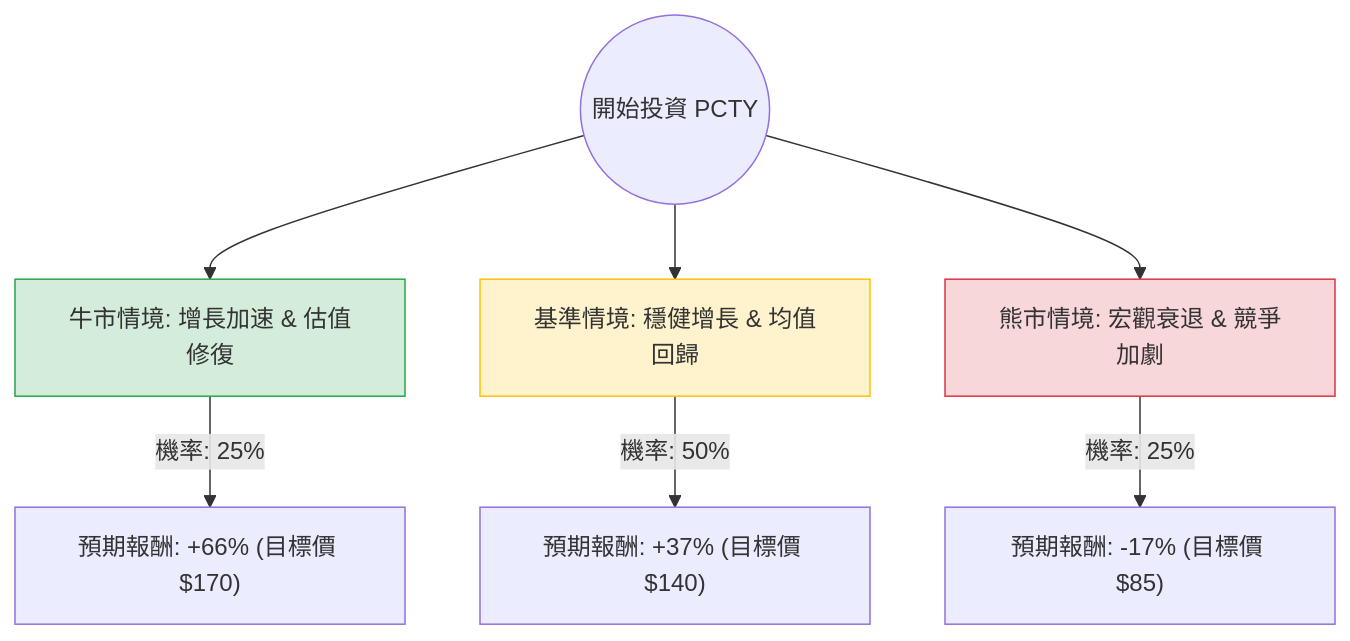
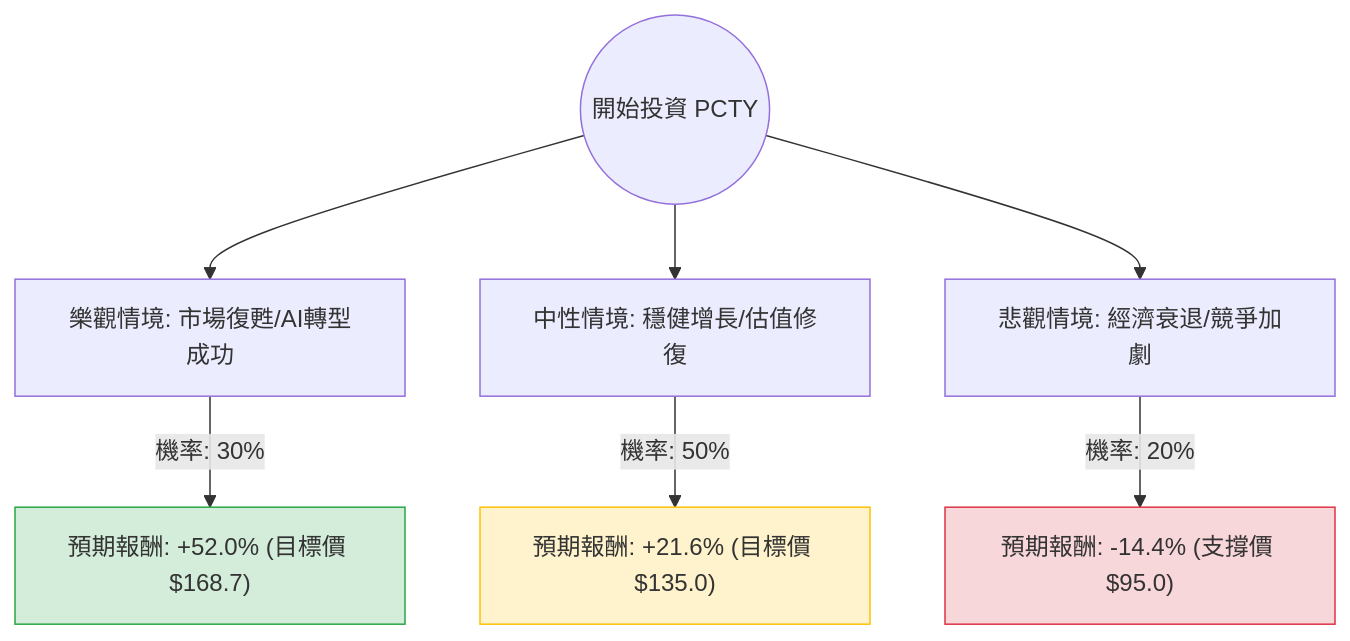
The diagram in plugin-react/ai-analysis/ev-analysis/PCTY.md (zmcx16/zmcx16.github.io), drawn with Mermaid before and after one commit. The commit also changed other lines of this file and 51 other files, not shown here.

````diff
--- a/plugin-react/ai-analysis/ev-analysis/PCTY.md
+++ b/plugin-react/ai-analysis/ev-analysis/PCTY.md
@@ -22,14 +19,14 @@
 ```mermaid
 graph TD
-    Start((開始投資 PCTY)) --> Bull[牛市情境: 增長加速 & 估值修復]
-    Start --> Base[基準情境: 穩健增長 & 均值回歸]
-    Start --> Bear[熊市情境: 宏觀衰退 & 競爭加劇]
+    Start((開始投資 PCTY)) --> Bull[樂觀情境: 市場復甦/AI轉型成功]
+    Start --> Base[中性情境: 穩健增長/估值修復]
+    Start --> Bear[悲觀情境: 經濟衰退/競爭加劇]
 
-    Bull -- "機率: 25%" --> BullVal["預期報酬: +66% (目標價 $170)"]
-    Base -- "機率: 50%" --> BaseVal["預期報酬: +37% (目標價 $140)"]
-    Bear -- "機率: 25%" --> BearVal["預期報酬: -17% (目標價 $85)"]
+    Bull -- "機率: 30%" --> BullResult["預期報酬: +52.0% (目標價 $168.7)"]
+    Base -- "機率: 50%" --> BaseResult["預期報酬: +21.6% (目標價 $135.0)"]
+    Bear -- "機率: 20%" --> BearResult["預期報酬: -14.4% (支撐價 $95.0)"]
 
-    style Bull fill:#d4edda,stroke:#28a745
-    style Base fill:#fff3cd,stroke:#ffc107
-    style Bear fill:#f8d7da,stroke:#dc3545
+    style BullResult fill:#d4edda,stroke:#28a745
+    style BaseResult fill:#fff3cd,stroke:#ffc107
+    style BearResult fill:#f8d7da,stroke:#dc3545
 ```
````
